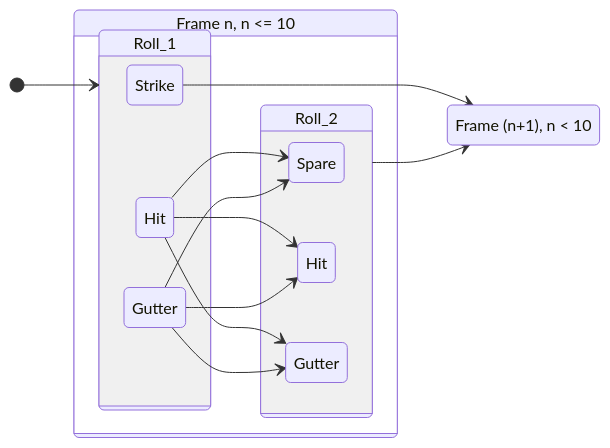
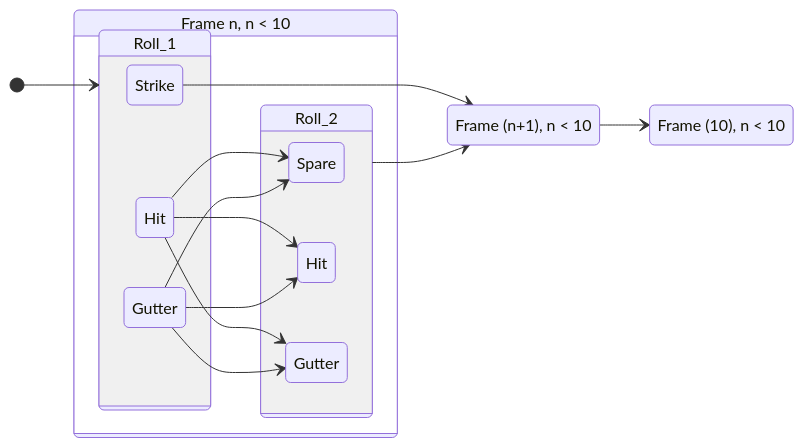
Before and after one commit to makersacademy/bowling-challenge-ruby: the second of 3 diagrams in diagrams.md, drawn with Mermaid. The commit also changed other lines of this file and 2 other files, not shown here.

Commit message:
Working through diagrams and IRB to really get how scores shall be calculated frame to frame and writing some prototype code so I can see how it will work

````diff
--- a/diagrams.md
+++ b/diagrams.md
@@ -17,40 +22,42 @@
 ```mermaid
 stateDiagram-v2
 direction LR
-state "Frame n, n <= 10" as fn
+state "Frame n, n < 10" as fn
 state "Frame (n+1), n < 10" as fn1
+state "Frame (10), n < 10" as fn10
 
 state "Roll_1" as r1
 state "Roll_2" as r2
 [*] --> r1
 r2 --> fn1
+fn1 --> fn10
 Strike --> fn1
 Hit1 --> Spare
 Hit1 --> Hit2
 Hit1 --> Gutter2
 Gutter1 --> Gutter2
 Gutter1 --> Hit2
 Gutter1 --> Spare
 state fn{
     direction LR
     state r1{
     direction LR
     Hit1:Hit
     Gutter1:Gutter
     Strike
     }
     state r2{
     direction LR
     Hit2:Hit
     Gutter2:Gutter
     Spare
     }
 
 }
 
 %%    state fn1{
 %% direction LR
   
 %% }
  
 ```
````
